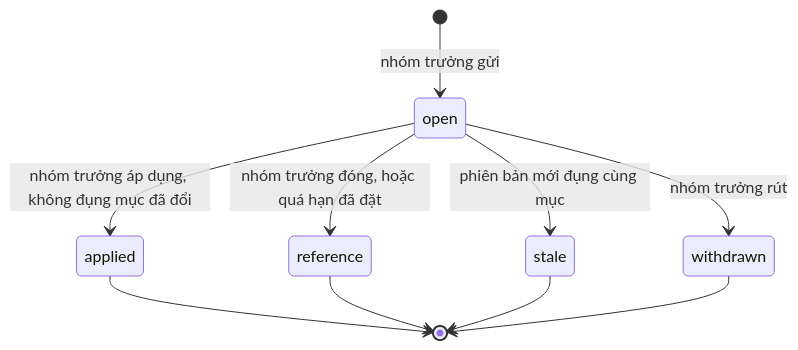
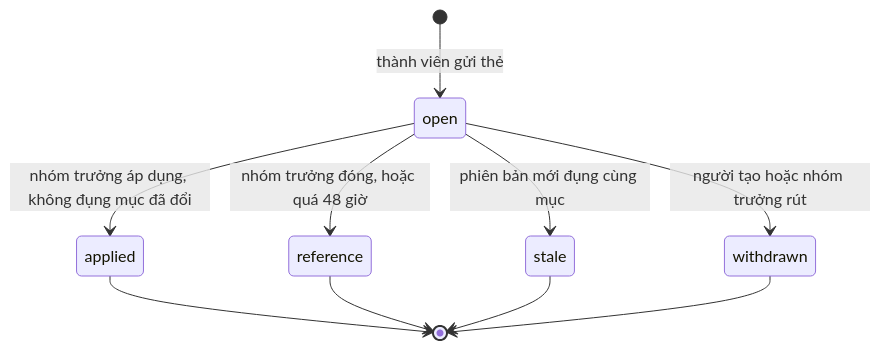
The second of 3 diagrams in docs/DATABASE.md (onedvu315itech/K5-Day15-L3A-Spiritup), drawn with Mermaid before and after one commit. The commit also changed other lines of this file and 29 other files, not shown here.

First line of the commit message:
feat(backend): luồng nhóm, thẻ đề xuất 48 giờ và khách sạn trong lịch trình

````diff
--- a/docs/DATABASE.md
+++ b/docs/DATABASE.md
@@ -312,12 +314,12 @@
 ```mermaid
 stateDiagram-v2
-  [*] --> open: nhóm trưởng gửi
+  [*] --> open: thành viên gửi thẻ
   open --> applied: nhóm trưởng áp dụng, không đụng mục đã đổi
-  open --> reference: nhóm trưởng đóng, hoặc quá hạn đã đặt
+  open --> reference: nhóm trưởng đóng, hoặc quá 48 giờ
   open --> stale: phiên bản mới đụng cùng mục
-  open --> withdrawn: nhóm trưởng rút
+  open --> withdrawn: người tạo hoặc nhóm trưởng rút
   applied --> [*]
   reference --> [*]
   stale --> [*]
   withdrawn --> [*]
 ```
````
